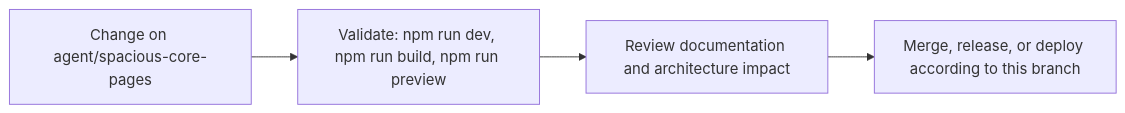
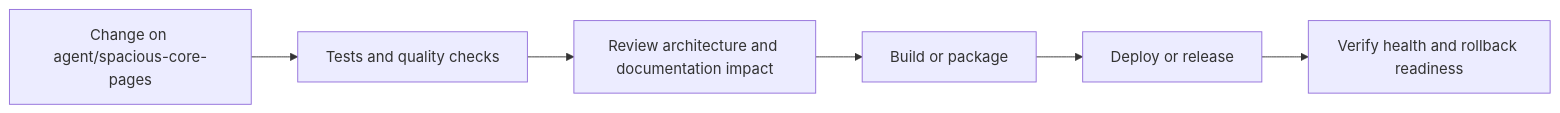
The fifth of 6 diagrams in README.md (Nischhalsubba/nischhalsubba.com.np), drawn with Mermaid before and after one commit. The commit also changed other lines of this file, not shown here.

````diff
--- a/README.md
+++ b/README.md
@@ -85,8 +179,8 @@
 ```mermaid
 flowchart LR
-    CHANGE["Change on agent/spacious-core-pages"]
-    CHECK["Validate: npm run dev, npm run build, npm run preview"]
-    REVIEW["Review documentation and architecture impact"]
-    RELEASE["Merge, release, or deploy according to this branch"]
-    CHANGE --> CHECK --> REVIEW --> RELEASE
+    CHANGE["Change on agent/spacious-core-pages"] --> CHECK["Tests and quality checks"]
+    CHECK --> REVIEW["Review architecture and documentation impact"]
+    REVIEW --> BUILD["Build or package"]
+    BUILD --> DEPLOY["Deploy or release"]
+    DEPLOY --> VERIFY["Verify health and rollback readiness"]
 ```
````
